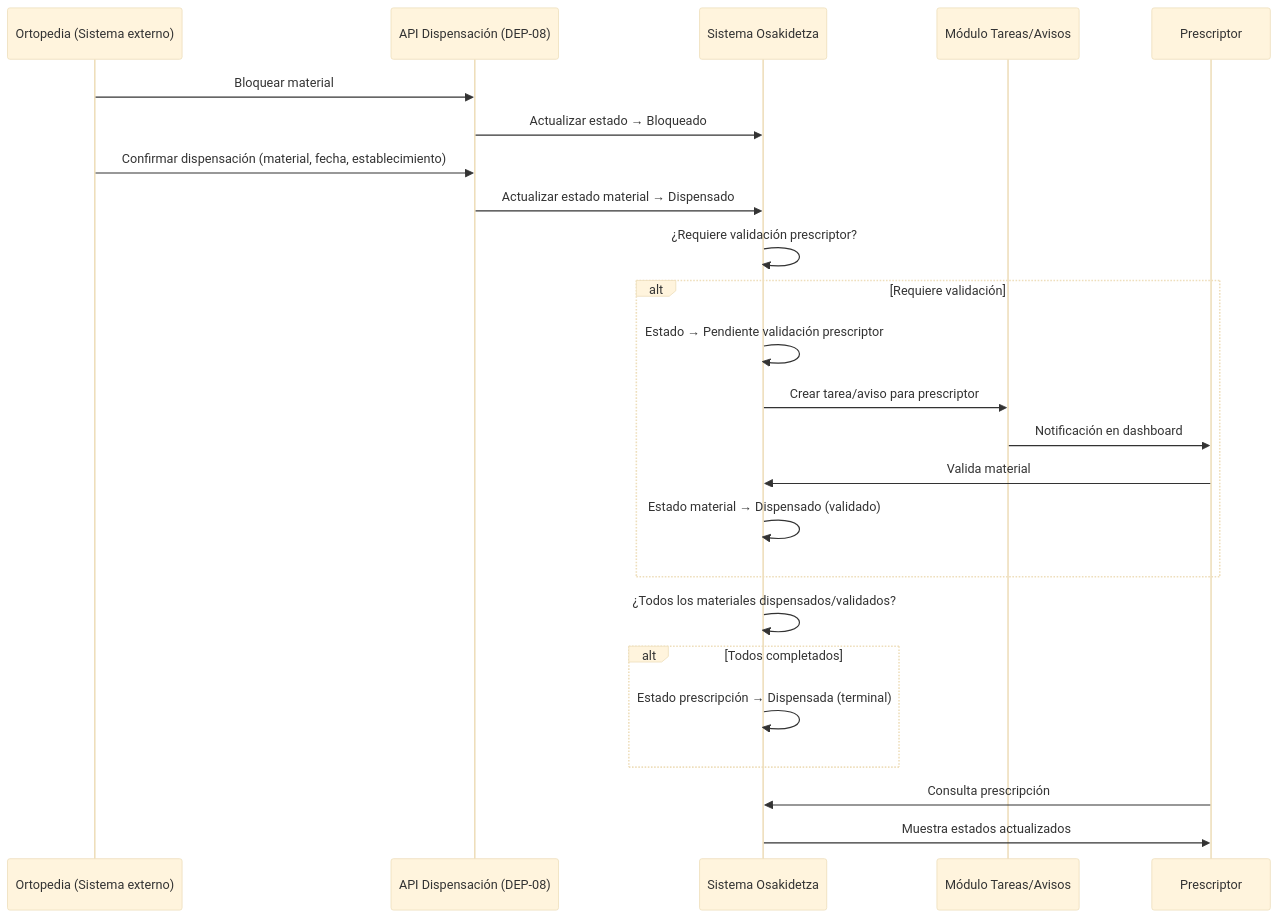
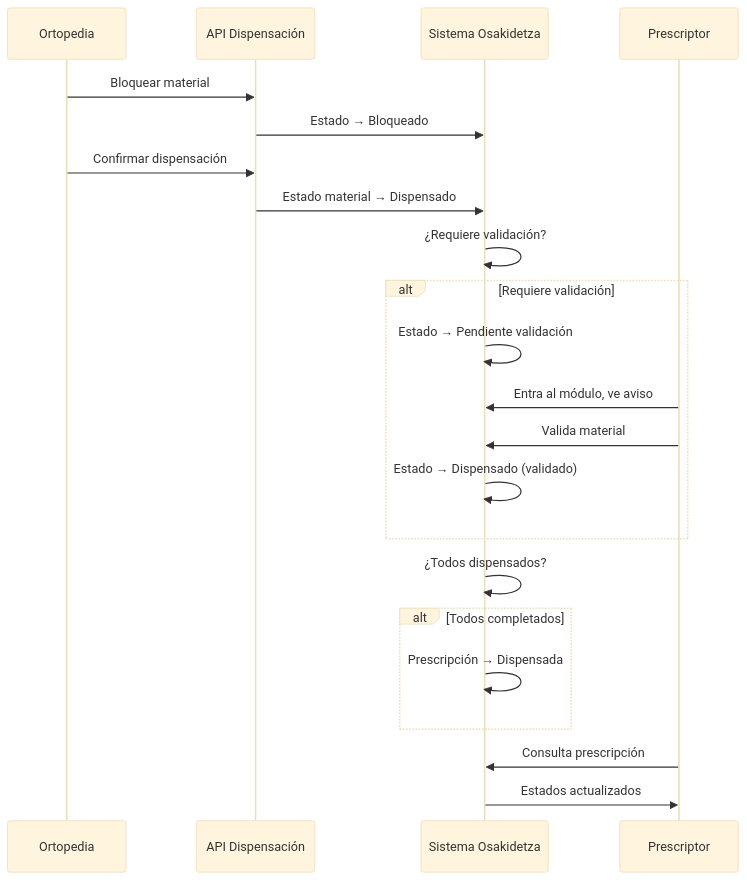
One commit to HIBERUS-AJIE-2023-20821/Osakidetza changed the third of 4 diagrams in Context/Enfoque PM-BA V2 - Bloques Integraciones y Flujos.md. Above: the diagram before and after it, drawn with Mermaid (base theme). The commit also changed other lines of this file and 4 other files, not shown here.

````diff
--- a/Context/Enfoque PM-BA V2 - Bloques Integraciones y Flujos.md
+++ b/Context/Enfoque PM-BA V2 - Bloques Integraciones y Flujos.md
@@ -330,27 +283,25 @@
 ```mermaid
 sequenceDiagram
-    participant ORT as Ortopedia (Sistema externo)
-    participant API as API Dispensación (DEP-08)
+    participant ORT as Ortopedia
+    participant API as API Dispensación
     participant SIS as Sistema Osakidetza
-    participant TAR as Módulo Tareas/Avisos
     participant MED as Prescriptor
 
     ORT->>API: Bloquear material
-    API->>SIS: Actualizar estado → Bloqueado
-    ORT->>API: Confirmar dispensación (material, fecha, establecimiento)
-    API->>SIS: Actualizar estado material → Dispensado
-    SIS->>SIS: ¿Requiere validación prescriptor?
+    API->>SIS: Estado → Bloqueado
+    ORT->>API: Confirmar dispensación
+    API->>SIS: Estado material → Dispensado
+    SIS->>SIS: ¿Requiere validación?
     alt Requiere validación
-        SIS->>SIS: Estado → Pendiente validación prescriptor
-        SIS->>TAR: Crear tarea/aviso para prescriptor
-        TAR->>MED: Notificación en dashboard
+        SIS->>SIS: Estado → Pendiente validación
+        MED->>SIS: Entra al módulo, ve aviso
         MED->>SIS: Valida material
-        SIS->>SIS: Estado material → Dispensado (validado)
+        SIS->>SIS: Estado → Dispensado (validado)
     end
-    SIS->>SIS: ¿Todos los materiales dispensados/validados?
+    SIS->>SIS: ¿Todos dispensados?
     alt Todos completados
-        SIS->>SIS: Estado prescripción → Dispensada (terminal)
+        SIS->>SIS: Prescripción → Dispensada
     end
     MED->>SIS: Consulta prescripción
-    SIS->>MED: Muestra estados actualizados
+    SIS->>MED: Estados actualizados
 ```
````
